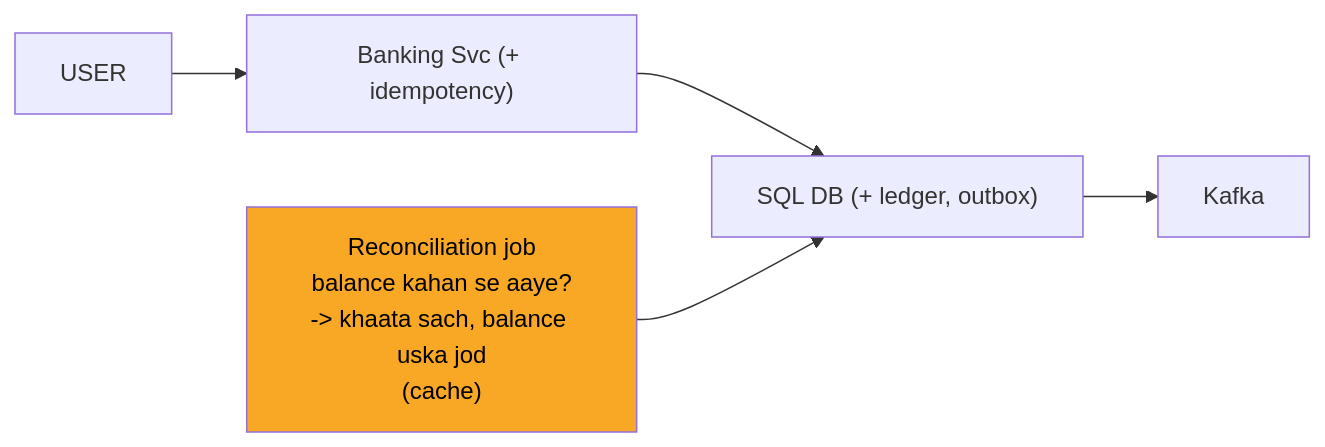
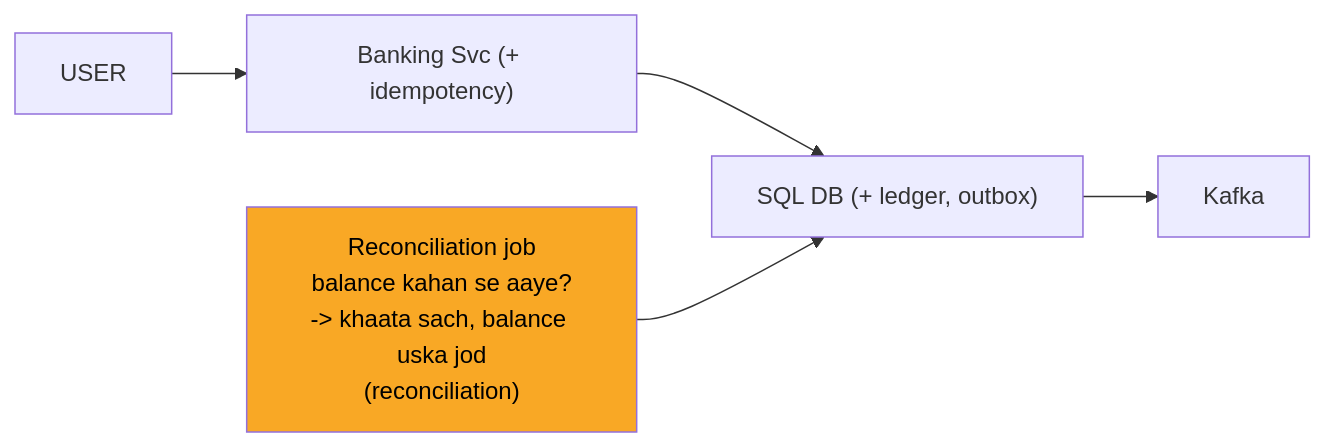
One commit to ArpanMaheshwari144/Prep changed the seventh of 13 diagrams in 04_HLD/SYSTEM_DESIGNS/13_banking_system/13_banking_system.md. Above: the diagram before and after it, drawn with Mermaid. The commit also changed other lines of this file and 12 other files, not shown here.

````diff
--- a/04_HLD/SYSTEM_DESIGNS/13_banking_system/13_banking_system.md
+++ b/04_HLD/SYSTEM_DESIGNS/13_banking_system/13_banking_system.md
@@ -230,13 +230,13 @@
 ```mermaid
 flowchart LR
     n_USER["USER"]
     n_SVC["Banking Svc (+ idempotency)"]
     n_DB["SQL DB (+ ledger, outbox)"]
     n_K["Kafka"]
-    n_REC["Reconciliation job<br/>balance kahan se aaye?<br/>-> khaata sach, balance uska jod<br/>(cache)"]
+    n_REC["Reconciliation job<br/>balance kahan se aaye?<br/>-> khaata sach, balance uska jod<br/>(reconciliation)"]
     n_USER --> n_SVC
     n_SVC --> n_DB
     n_DB --> n_K
     n_REC --> n_DB
     style n_REC fill:#f9a825,color:#000
 ```
````
